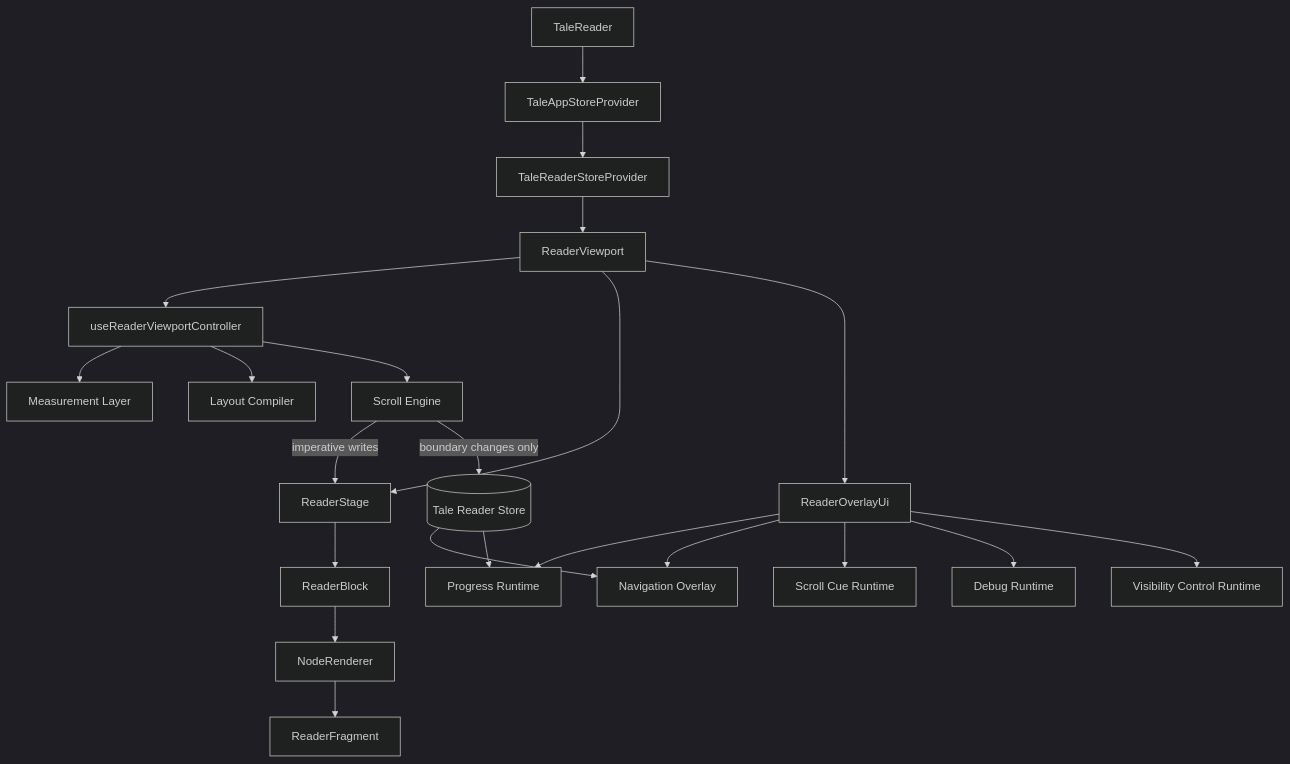
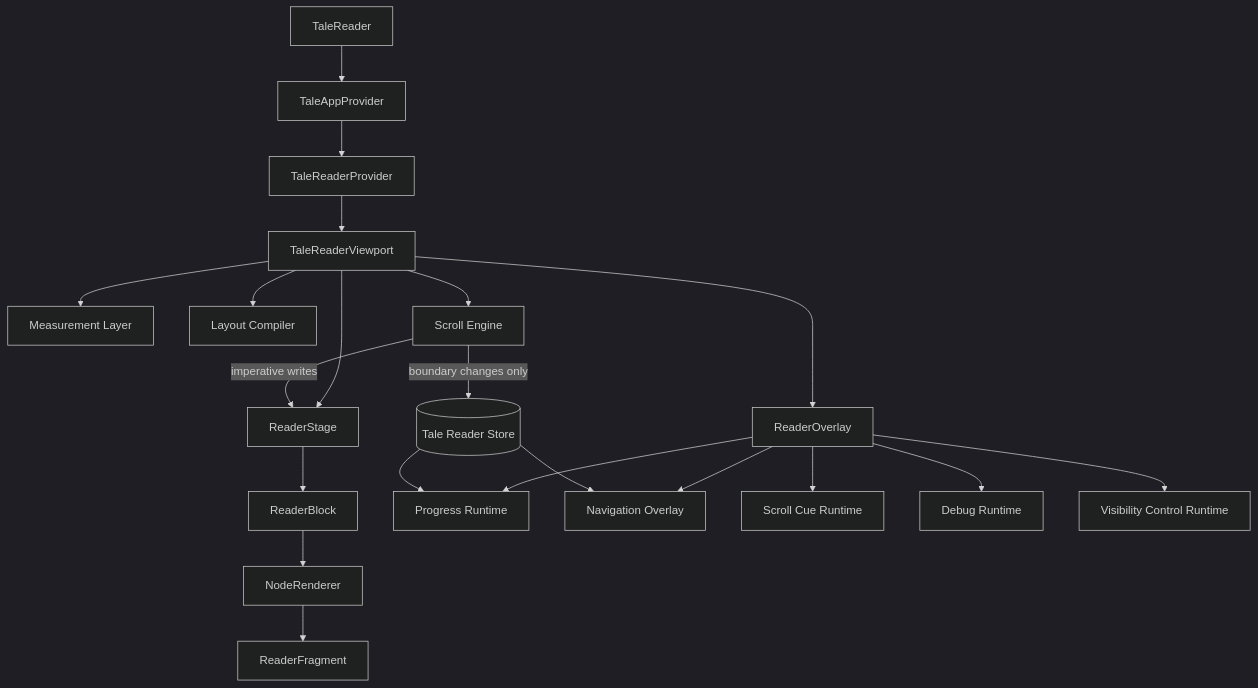
One commit to hexvictor/talescape changed the fourth of 6 diagrams in docs/application-architecture.md. Above: the diagram before and after it, drawn with Mermaid (dark theme). The commit also changed other lines of this file and 533 other files, not shown here.

````diff
--- a/docs/application-architecture.md
+++ b/docs/application-architecture.md
@@ -131,25 +135,24 @@
 ```mermaid
 flowchart TD
-    TaleReader[TaleReader] --> Document[TaleAppStoreProvider]
-    Document --> Provider[TaleReaderStoreProvider]
-    Provider --> Viewport[ReaderViewport]
-    Viewport --> Controller[useReaderViewportController]
-    Controller --> Measure[Measurement Layer]
-    Controller --> Compile[Layout Compiler]
-    Controller --> ScrollEngine[Scroll Engine]
+    TaleReader[TaleReader] --> Document[TaleAppProvider]
+    Document --> Provider[TaleReaderProvider]
+    Provider --> Viewport[TaleReaderViewport]
+    Viewport --> Measure[Measurement Layer]
+    Viewport --> Compile[Layout Compiler]
+    Viewport --> ScrollEngine[Scroll Engine]
     Viewport --> Stage[ReaderStage]
     Stage --> Blocks[ReaderBlock]
     Blocks --> Nodes[NodeRenderer]
     Nodes --> Fragments[ReaderFragment]
-    Viewport --> Overlay[ReaderOverlayUi]
+    Viewport --> Overlay[ReaderOverlay]
     Overlay --> ProgressRuntime[Progress Runtime]
     Overlay --> NavigationRuntime[Navigation Overlay]
     Overlay --> CueRuntime[Scroll Cue Runtime]
     Overlay --> DebugRuntime[Debug Runtime]
     Overlay --> VisibilityRuntime[Visibility Control Runtime]
 
     ScrollEngine -->|imperative writes| Stage
     ScrollEngine -->|boundary changes only| Store[(Tale Reader Store)]
     Store --> NavigationRuntime
     Store --> ProgressRuntime
 ```
````
